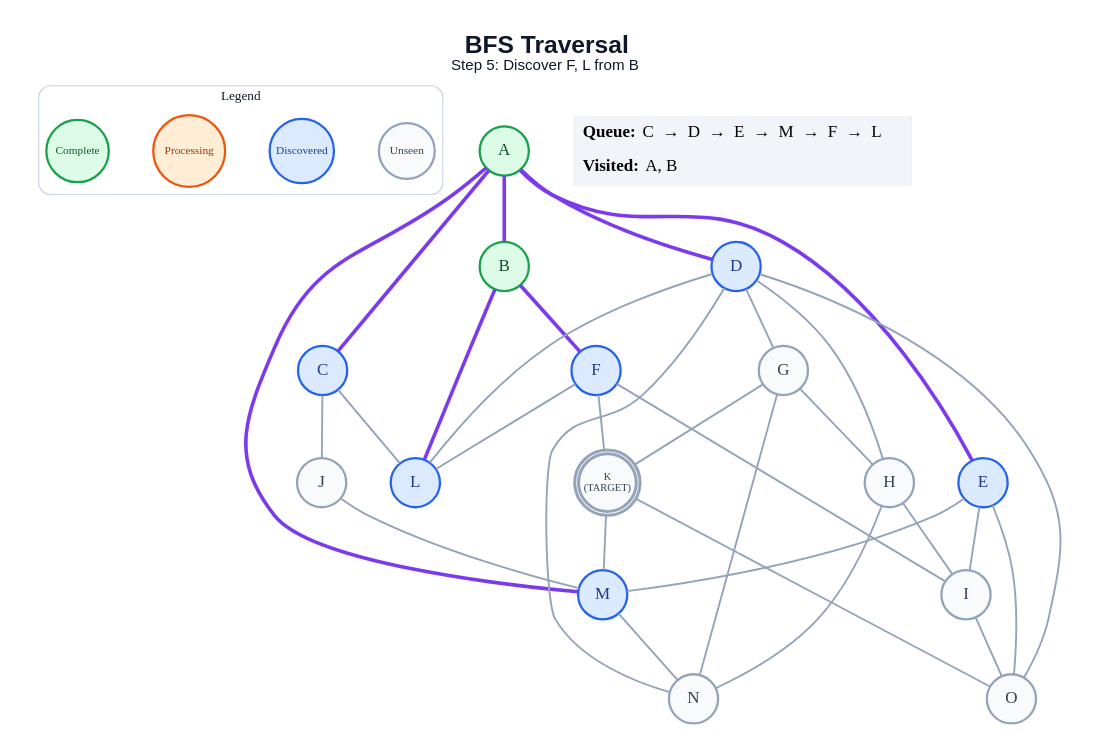
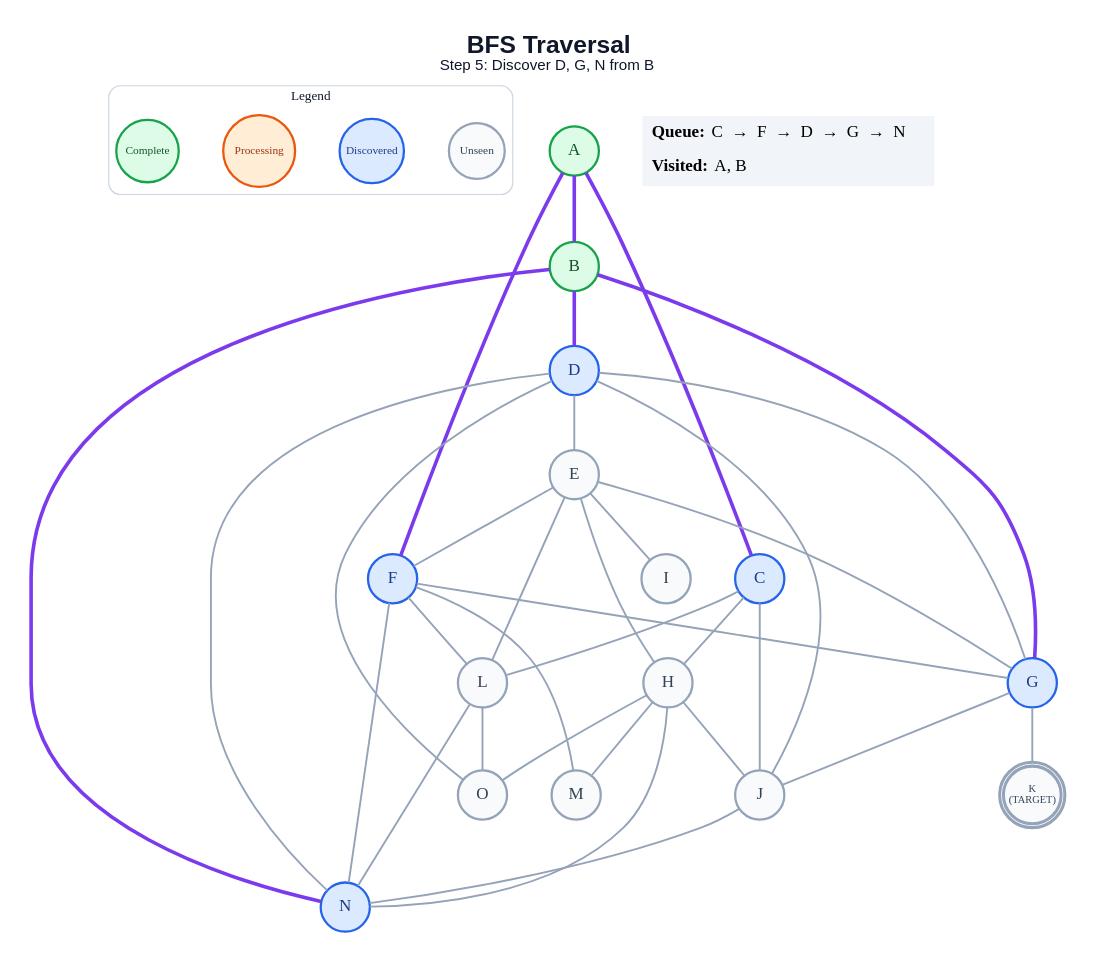
Before and after one commit to anon7238593-create/ai-slop: the diagram in generated/short-circuit/bfs/step_05.dot, drawn with Graphviz. The commit also changed 309 other files, not shown here.

```diff
--- a/generated/short-circuit/bfs/step_05.dot
+++ b/generated/short-circuit/bfs/step_05.dot
@@ -1,64 +1,66 @@
 graph traversal {
   graph [layout=dot, rankdir=TB, bgcolor="#FFFFFF", pad="0.35", nodesep="0.65", ranksep="0.8", fontname="Arial"];
   node [shape=circle, style="filled", fontname="Arial Bold", fontsize=18, width=0.72, fixedsize=true, penwidth=2.4];
   edge [color="#94A3B8", penwidth=2.0];
-  label=<<B>BFS Traversal</B><BR/><FONT POINT-SIZE="16">Step 5: Discover F, L from B</FONT>>; labelloc="t"; fontsize=26; fontname="Arial"; fontcolor="#0F172A";
+  label=<<B>BFS Traversal</B><BR/><FONT POINT-SIZE="16">Step 5: Discover D, G, N from B</FONT>>; labelloc="t"; fontsize=26; fontname="Arial"; fontcolor="#0F172A";
   subgraph cluster_legend { label="Legend"; color="#CBD5E1"; penwidth=1.2; style="rounded"; fontsize=14; fontname="Arial Bold";
     key_unseen [label="Unseen", fillcolor="#F8FAFC", color="#94A3B8", fontcolor="#334155", fontsize=12, width=0.82];
     key_frontier [label="Discovered", fillcolor="#DBEAFE", color="#2563EB", fontcolor="#1E3A8A", fontsize=12, width=0.95];
     key_current [label="Processing", fillcolor="#FFEDD5", color="#EA580C", fontcolor="#9A3412", fontsize=12, width=1.05];
     key_done [label="Complete", fillcolor="#DCFCE7", color="#16A34A", fontcolor="#14532D", fontsize=12, width=0.92];
     { rank=same; key_unseen; key_frontier; key_current; key_done; }
   }
   A [label="A", fillcolor="#DCFCE7", color="#16A34A", fontcolor="#14532D", peripheries=1, penwidth=2.4];
   B [label="B", fillcolor="#DCFCE7", color="#16A34A", fontcolor="#14532D", peripheries=1, penwidth=2.4];
   C [label="C", fillcolor="#DBEAFE", color="#2563EB", fontcolor="#1E3A8A", peripheries=1, penwidth=2.4];
   D [label="D", fillcolor="#DBEAFE", color="#2563EB", fontcolor="#1E3A8A", peripheries=1, penwidth=2.4];
-  E [label="E", fillcolor="#DBEAFE", color="#2563EB", fontcolor="#1E3A8A", peripheries=1, penwidth=2.4];
+  E [label="E", fillcolor="#F8FAFC", color="#94A3B8", fontcolor="#334155", peripheries=1, penwidth=2.4];
   F [label="F", fillcolor="#DBEAFE", color="#2563EB", fontcolor="#1E3A8A", peripheries=1, penwidth=2.4];
-  G [label="G", fillcolor="#F8FAFC", color="#94A3B8", fontcolor="#334155", peripheries=1, penwidth=2.4];
+  G [label="G", fillcolor="#DBEAFE", color="#2563EB", fontcolor="#1E3A8A", peripheries=1, penwidth=2.4];
   H [label="H", fillcolor="#F8FAFC", color="#94A3B8", fontcolor="#334155", peripheries=1, penwidth=2.4];
   I [label="I", fillcolor="#F8FAFC", color="#94A3B8", fontcolor="#334155", peripheries=1, penwidth=2.4];
   J [label="J", fillcolor="#F8FAFC", color="#94A3B8", fontcolor="#334155", peripheries=1, penwidth=2.4];
   K [label="K\n(TARGET)", fillcolor="#F8FAFC", color="#94A3B8", fontcolor="#334155", peripheries=2, penwidth=3.2, fontsize=11, width=0.85, height=0.85];
-  L [label="L", fillcolor="#DBEAFE", color="#2563EB", fontcolor="#1E3A8A", peripheries=1, penwidth=2.4];
-  M [label="M", fillcolor="#DBEAFE", color="#2563EB", fontcolor="#1E3A8A", peripheries=1, penwidth=2.4];
-  N [label="N", fillcolor="#F8FAFC", color="#94A3B8", fontcolor="#334155", peripheries=1, penwidth=2.4];
+  L [label="L", fillcolor="#F8FAFC", color="#94A3B8", fontcolor="#334155", peripheries=1, penwidth=2.4];
+  M [label="M", fillcolor="#F8FAFC", color="#94A3B8", fontcolor="#334155", peripheries=1, penwidth=2.4];
+  N [label="N", fillcolor="#DBEAFE", color="#2563EB", fontcolor="#1E3A8A", peripheries=1, penwidth=2.4];
   O [label="O", fillcolor="#F8FAFC", color="#94A3B8", fontcolor="#334155", peripheries=1, penwidth=2.4];
   A -- B [color="#7C3AED", penwidth=3.8];
   A -- C [color="#7C3AED", penwidth=3.8];
-  A -- D [color="#7C3AED", penwidth=3.8];
-  A -- E [color="#7C3AED", penwidth=3.8];
-  A -- M [color="#7C3AED", penwidth=3.8];
-  B -- F [color="#7C3AED", penwidth=3.8];
-  B -- L [color="#7C3AED", penwidth=3.8];
+  A -- F [color="#7C3AED", penwidth=3.8];
+  B -- D [color="#7C3AED", penwidth=3.8];
+  B -- G [color="#7C3AED", penwidth=3.8];
+  B -- N [color="#7C3AED", penwidth=3.8];
+  C -- H;
   C -- J;
   C -- L;
+  D -- E;
   D -- G;
-  D -- H;
-  D -- L;
+  D -- J;
   D -- N;
   D -- O;
+  E -- F;
+  E -- G;
+  E -- H;
   E -- I;
-  E -- M;
-  E -- O;
-  F -- I;
-  F -- K;
+  E -- L;
+  F -- G;
   F -- L;
-  G -- H;
+  F -- M;
+  F -- N;
+  G -- J;
   G -- K;
-  G -- N;
-  H -- I;
+  H -- J;
+  H -- M;
   H -- N;
-  I -- O;
-  J -- M;
-  K -- M;
-  K -- O;
-  M -- N;
+  H -- O;
+  J -- N;
+  L -- N;
+  L -- O;
   status [shape=plain, fixedsize=false, width=0, height=0, margin=0, label=<
     <TABLE BORDER="0" CELLBORDER="0" CELLPADDING="7" BGCOLOR="#F1F5F9">
-      <TR><TD ALIGN="LEFT"><B>Queue:</B> C  →  D  →  E  →  M  →  F  →  L</TD></TR>
+      <TR><TD ALIGN="LEFT"><B>Queue:</B> C  →  F  →  D  →  G  →  N</TD></TR>
       <TR><TD ALIGN="LEFT"><B>Visited:</B> A, B</TD></TR>
     </TABLE>
   >];
 }
```
